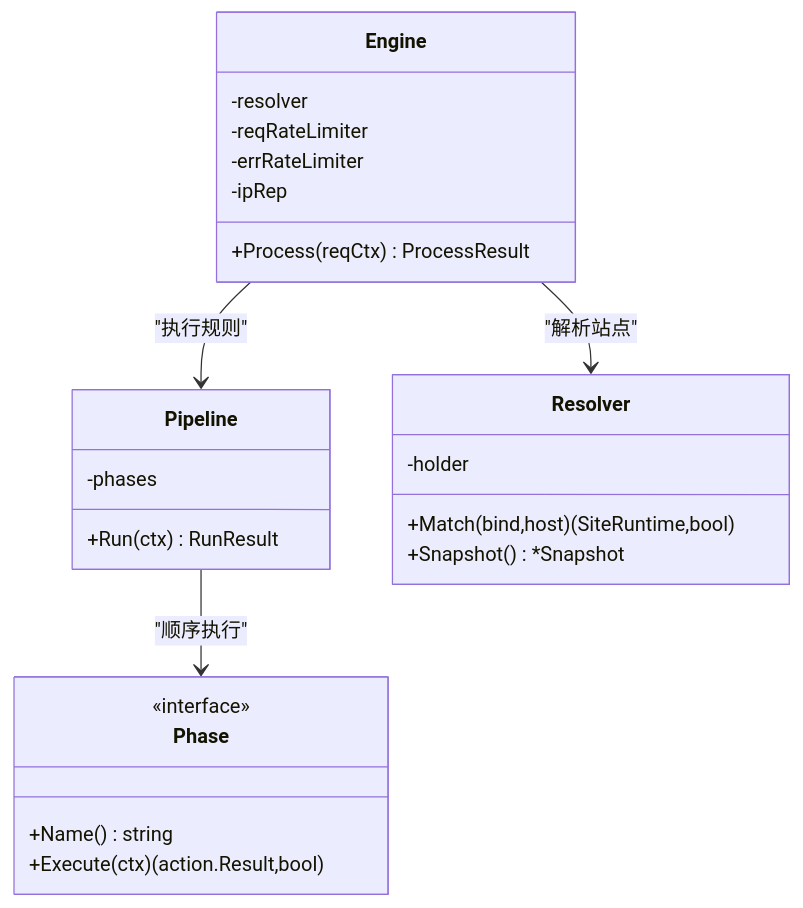
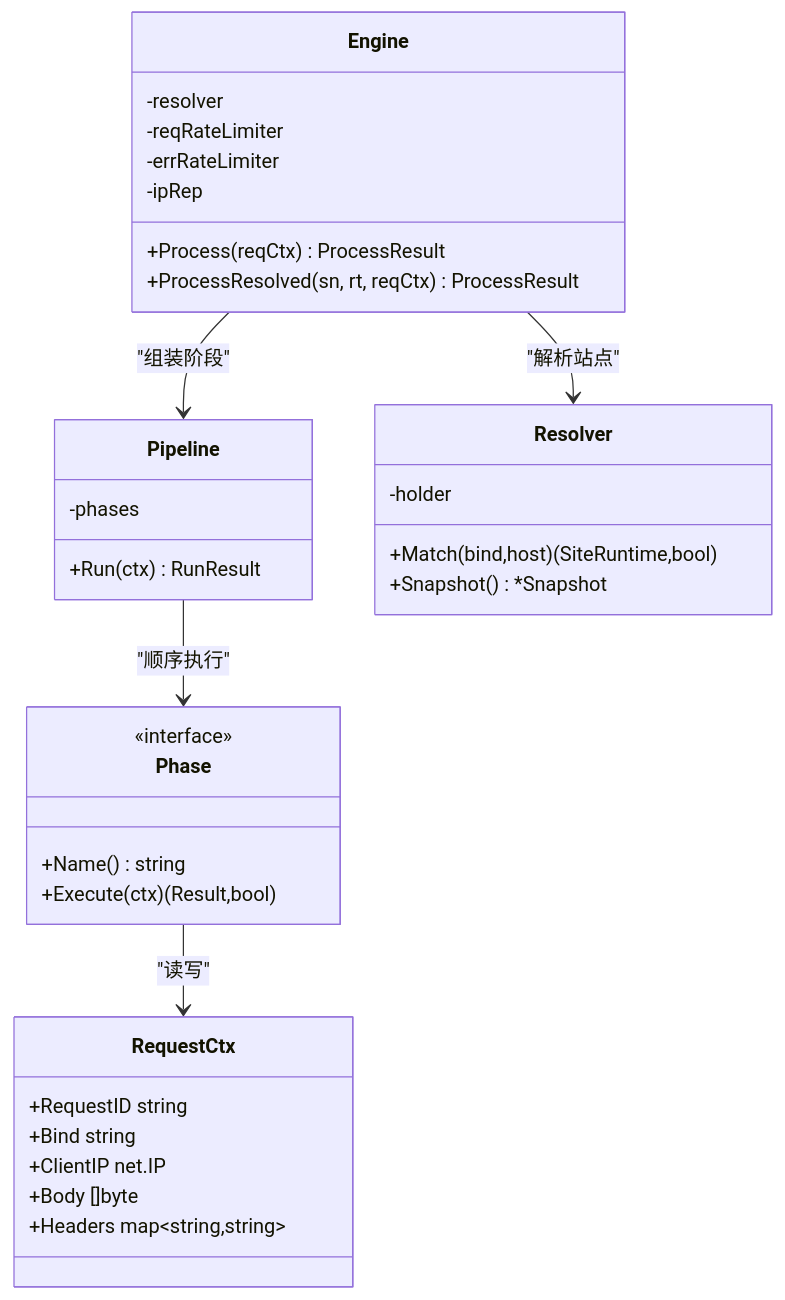
The fourth of 10 diagrams in docs/数据平面处理/请求处理流程.md (x01n/My-OpenWaf), drawn with Mermaid before and after one commit. The commit also changed other lines of this file and 622 other files, not shown here.

````diff
--- a/docs/数据平面处理/请求处理流程.md
+++ b/docs/数据平面处理/请求处理流程.md
@@ -162,27 +226,36 @@
 ```mermaid
 classDiagram
 class Engine {
 -resolver
 -reqRateLimiter
 -errRateLimiter
 -ipRep
 +Process(reqCtx) ProcessResult
++ProcessResolved(sn, rt, reqCtx) ProcessResult
 }
 class Pipeline {
 -phases
 +Run(ctx) RunResult
 }
 class Phase {
 <<interface>>
 +Name() string
-+Execute(ctx) (action.Result,bool)
++Execute(ctx) (Result,bool)
+}
+class RequestCtx {
++RequestID string
++Bind string
++ClientIP net.IP
++Body []byte
++Headers map~string,string~
 }
 class Resolver {
 -holder
 +Match(bind,host) (SiteRuntime,bool)
 +Snapshot() *Snapshot
 }
 Engine --> Resolver : "解析站点"
-Engine --> Pipeline : "执行规则"
+Engine --> Pipeline : "组装阶段"
 Pipeline --> Phase : "顺序执行"
+Phase --> RequestCtx : "读写"
 ```
````
